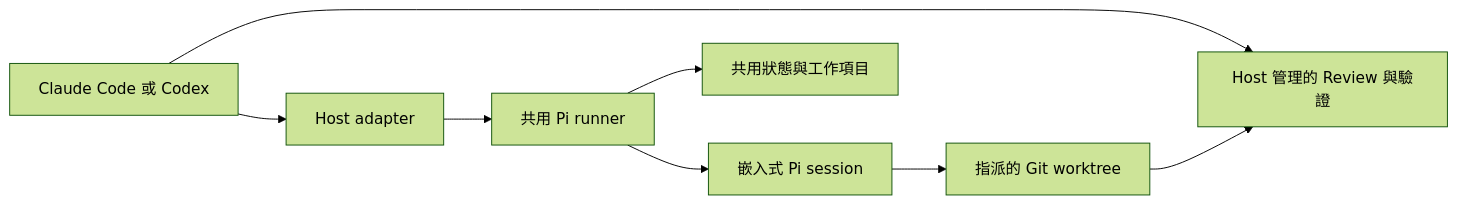
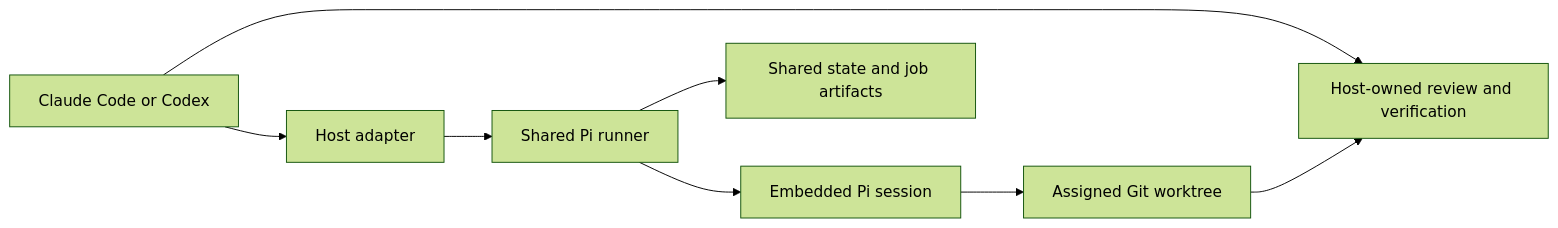
Before and after one commit to JiaWeiXie/swarm-pi-code-plugin: the diagram in README.md, drawn with Mermaid (forest theme). The commit also changed other lines of this file and 1 other file, not shown here.

````diff
--- a/README.md
+++ b/README.md
@@ -9,10 +15,10 @@
 ```mermaid
 flowchart LR
-    H[Claude Code 或 Codex] --> A[Host adapter]
-    A --> R[共用 Pi runner]
-    R --> P[嵌入式 Pi session]
-    P --> W[指派的 Git worktree]
-    R --> S[共用狀態與工作項目]
-    H --> V[Host 管理的 Review 與驗證]
+    H[Claude Code or Codex] --> A[Host adapter]
+    A --> R[Shared Pi runner]
+    R --> P[Embedded Pi session]
+    P --> W[Assigned Git worktree]
+    R --> S[Shared state and job artifacts]
+    H --> V[Host-owned review and verification]
     W --> V
 ```
````
